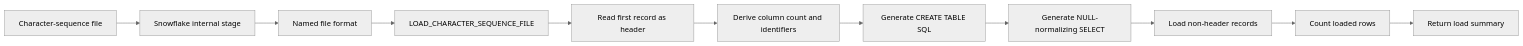
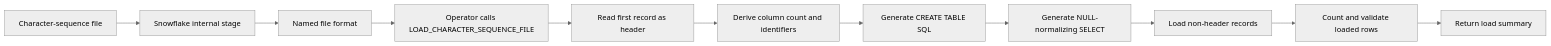
One commit to AmirClark1/snowflake-character-sequence-loader changed the diagram in README.md. Above: the diagram before and after it, drawn with Mermaid (neutral theme). The commit also changed other lines of this file, not shown here.

Commit message:
docs: clarify one-time load scope and engineering boundaries

````diff
--- a/README.md
+++ b/README.md
@@ -27,13 +41,13 @@
 ```mermaid
 flowchart LR
     A[Character-sequence file] --> B[Snowflake internal stage]
     B --> C[Named file format]
-    C --> D[LOAD_CHARACTER_SEQUENCE_FILE]
+    C --> D[Operator calls LOAD_CHARACTER_SEQUENCE_FILE]
     D --> E[Read first record as header]
     E --> F[Derive column count and identifiers]
     F --> G[Generate CREATE TABLE SQL]
     G --> H[Generate NULL-normalizing SELECT]
     H --> I[Load non-header records]
-    I --> J[Count loaded rows]
+    I --> J[Count and validate loaded rows]
     J --> K[Return load summary]
 ```
````
